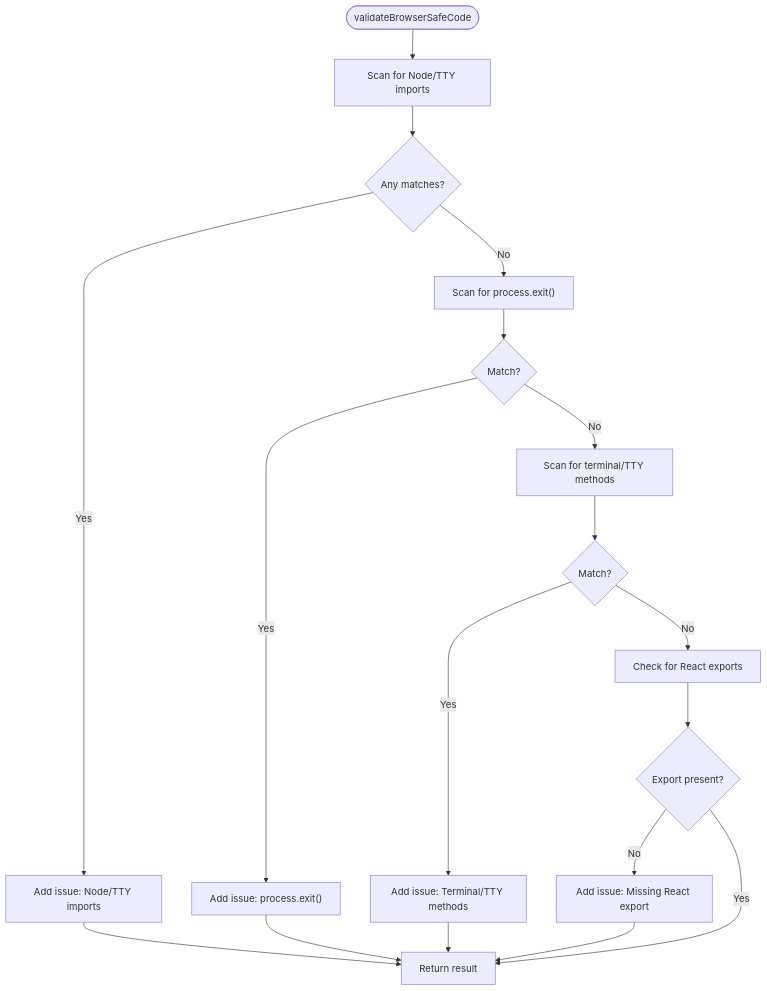
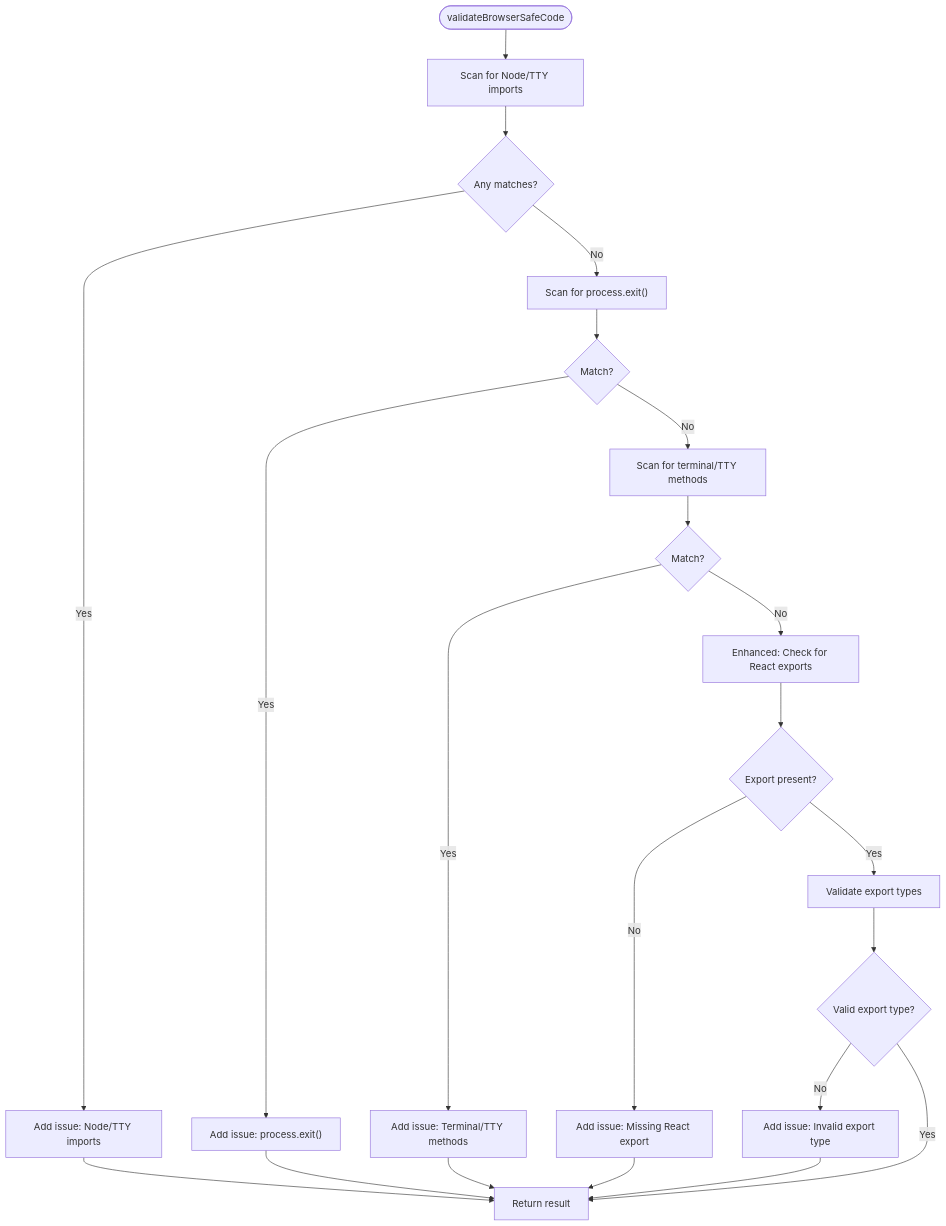
One commit to shekhargiri005-dotcom/AI-powered-accessibility-first-UI-engine changed the third of 8 diagrams in .qoder/repowiki/en/content/Validation & Quality Assurance/Browser Safety Validation.md. Above: the diagram before and after it, drawn with Mermaid. The commit also changed other lines of this file and 6 other files, not shown here.

````diff
--- a/.qoder/repowiki/en/content/Validation & Quality Assurance/Browser Safety Validation.md
+++ b/.qoder/repowiki/en/content/Validation & Quality Assurance/Browser Safety Validation.md
@@ -146,20 +155,24 @@
 ```mermaid
 flowchart TD
 Start(["validateBrowserSafeCode"]) --> CheckImports["Scan for Node/TTY imports"]
 CheckImports --> ImportsOK{"Any matches?"}
 ImportsOK --> |Yes| AddIssue1["Add issue: Node/TTY imports"]
 ImportsOK --> |No| CheckExit["Scan for process.exit()"]
 CheckExit --> ExitOK{"Match?"}
 ExitOK --> |Yes| AddIssue2["Add issue: process.exit()"]
 ExitOK --> |No| CheckTTY["Scan for terminal/TTY methods"]
 CheckTTY --> TTYOK{"Match?"}
 TTYOK --> |Yes| AddIssue3["Add issue: Terminal/TTY methods"]
-TTYOK --> |No| CheckExports["Check for React exports"]
+TTYOK --> |No| CheckExports["Enhanced: Check for React exports"]
 CheckExports --> ExportsOK{"Export present?"}
 ExportsOK --> |No| AddIssue4["Add issue: Missing React export"]
-ExportsOK --> |Yes| Done["Return result"]
+ExportsOK --> |Yes| CheckExportTypes["Validate export types"]
+CheckExportTypes --> ExportTypesOK{"Valid export type?"}
+ExportTypesOK --> |No| AddIssue5["Add issue: Invalid export type"]
+ExportTypesOK --> |Yes| Done["Return result"]
 AddIssue1 --> Done
 AddIssue2 --> Done
 AddIssue3 --> Done
 AddIssue4 --> Done
+AddIssue5 --> Done
 ```
````
